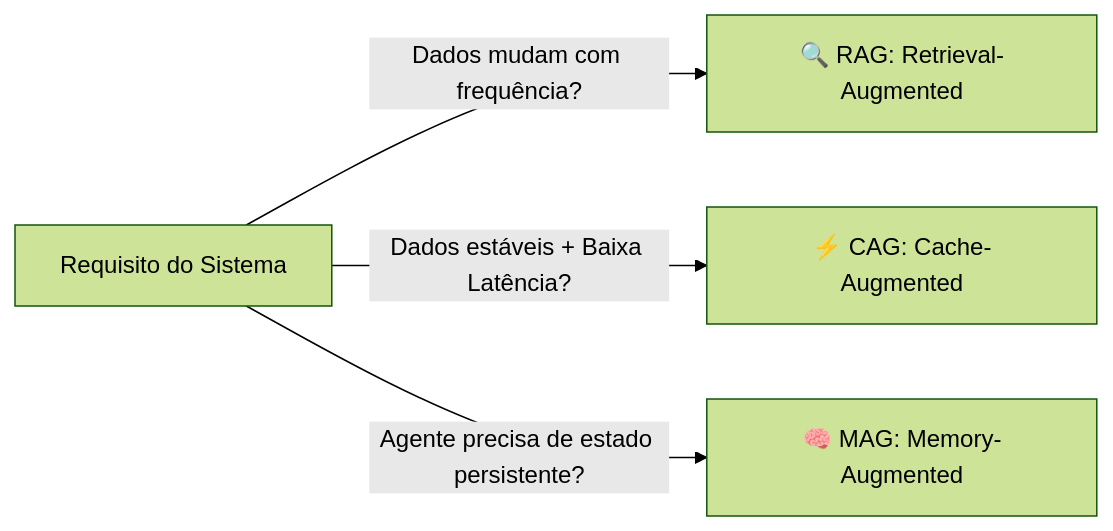
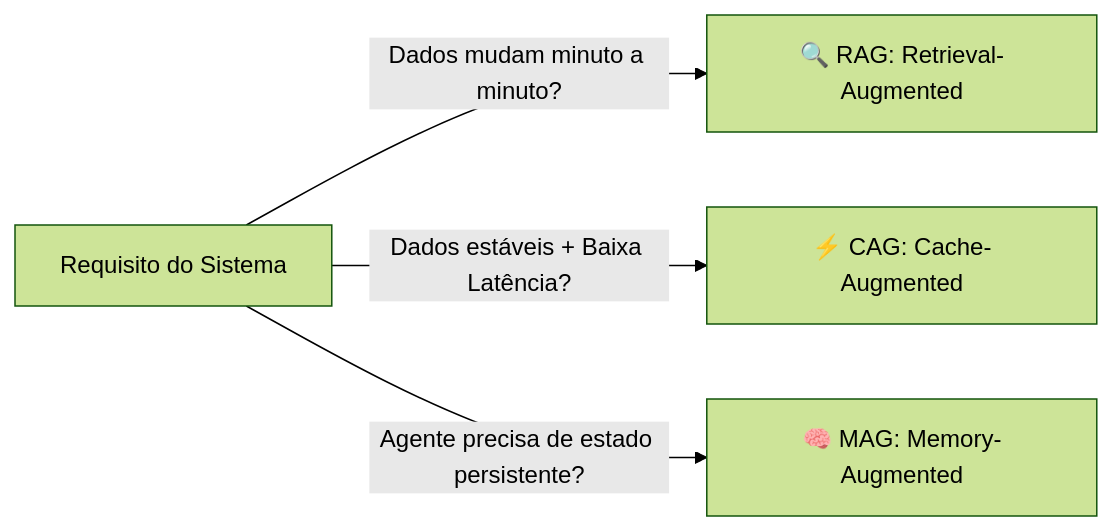
The sixth of 6 diagrams in apostila/Apostila_SECOMP_2026.md (EmmanuelNunes/SECOMP---IA), drawn with Mermaid (forest theme) before and after one commit. The commit also changed other lines of this file and 2 other files, not shown here.

Commit message:
docs(rag-cag-mag): detalhamento dos 9 slides tecnicos de RAG vs CAG vs MAG com topologia, perfis de latencia TTFT, matriz de custos 2x2 e triggers de deploy

````diff
--- a/apostila/Apostila_SECOMP_2026.md
+++ b/apostila/Apostila_SECOMP_2026.md
@@ -186,6 +186,6 @@
 ```mermaid
 graph LR
-    Need[Requisito do Sistema] -->|Dados mudam com frequência?| RAG[🔍 RAG: Retrieval-Augmented]
+    Need[Requisito do Sistema] -->|Dados mudam minuto a minuto?| RAG[🔍 RAG: Retrieval-Augmented]
     Need -->|Dados estáveis + Baixa Latência?| CAG[⚡ CAG: Cache-Augmented]
     Need -->|Agente precisa de estado persistente?| MAG[🧠 MAG: Memory-Augmented]
 ```
````
